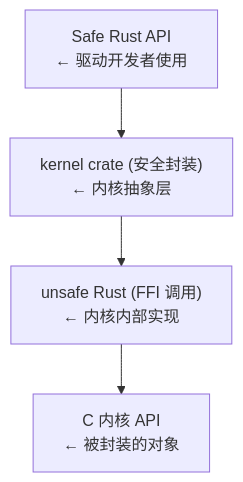
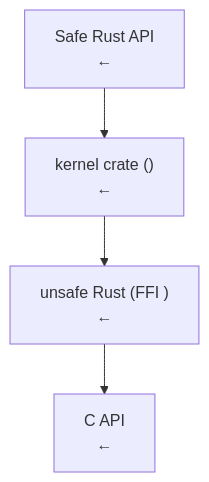
Before and after one commit to missercatos/RootStack: the second of 2 diagrams in rust/6内核/01-Linux内核Rust支持概述.md, drawn with Mermaid. The commit also changed other lines of this file and 59 other files, not shown here.

````diff
--- a/rust/6内核/01-Linux内核Rust支持概述.md
+++ b/rust/6内核/01-Linux内核Rust支持概述.md
@@ -297,10 +297,10 @@
 ```mermaid
 graph TD
- SAFE["Safe Rust API<br>← 驱动开发者使用"]
- KERNEL["kernel crate (安全封装)<br>← 内核抽象层"]
- UNSAFE["unsafe Rust (FFI 调用)<br>← 内核内部实现"]
- CAPI["C 内核 API<br>← 被封装的对象"]
+ SAFE["Safe Rust API<br>← "]
+ KERNEL["kernel crate ()<br>← "]
+ UNSAFE["unsafe Rust (FFI )<br>← "]
+ CAPI["C  API<br>← "]
  SAFE --> KERNEL
  KERNEL --> UNSAFE
  UNSAFE --> CAPI
 ```
````
